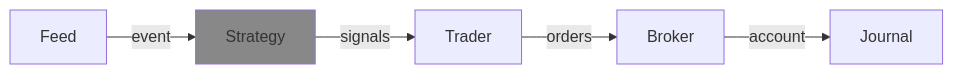
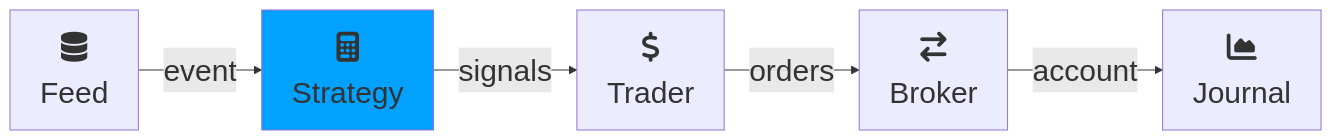
One commit to neurallayer/roboquant.py changed the diagram in docs/core/strategy.md. Above: the diagram before and after it, drawn with Mermaid. The commit also changed 9 other files, not shown here.

Commit message:
better diagram

````diff
--- a/docs/core/strategy.md
+++ b/docs/core/strategy.md
@@ -9,13 +9,15 @@
 ```mermaid
+---
+config:
+    themeVariables:
+        fontSize: '30px'
+---
 flowchart LR
- 
-    Feed["Feed"]
-    Strategy["Strategy"]
-    Trader["Trader"]
-    Broker["Broker"]
-    Journal["Journal"]
-    
-    Feed -- event --> Strategy -- signals --> Trader -- orders --> Broker -- account --> Journal 
-
-    style Strategy fill:#888
+    Feed["fa:fa-database<br>Feed"]
+    Strategy["fa:fa-calculator<br>Strategy"]:::active
+    Trader["fa:fa-dollar<br>Trader"]
+    Broker["fa:fa-exchange<br>Broker"]
+    Journal["fa:fa-area-chart<br>Journal"]
+    Feed -- event --> Strategy -- signals --> Trader -- orders --> Broker -- account --> Journal
+    classDef active fill:#00A1FF
 ```
````
